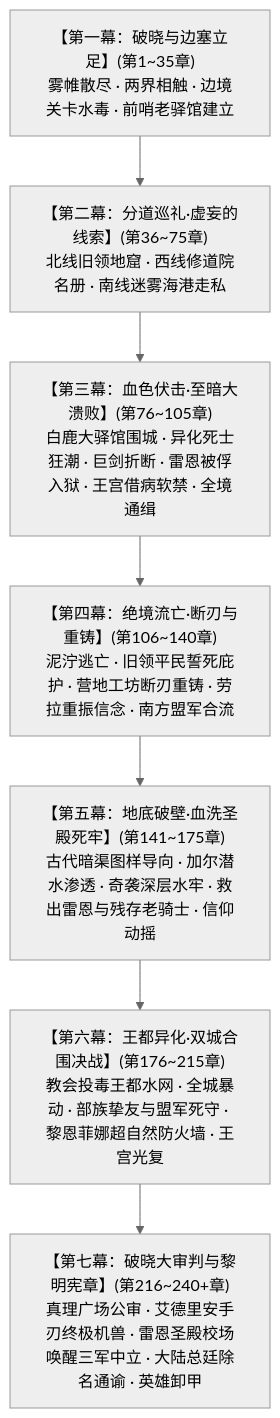
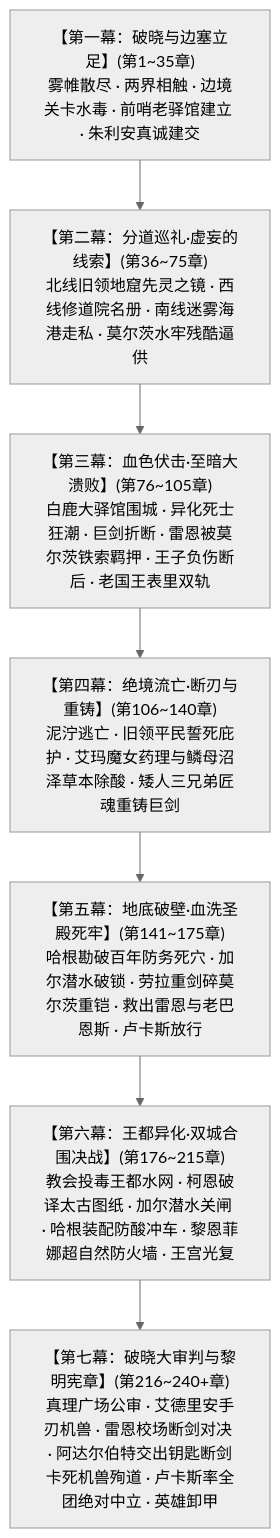
The first of 2 diagrams in 方案/第二部/主线与世界扩充方案/01_宏篇主线演进与阶段规划方案.md (soranokiseki1437/eldoria-worldbook), drawn with Mermaid (neutral theme) before and after one commit. The commit also changed other lines of this file and 28 other files, not shown here.

````diff
--- a/方案/第二部/主线与世界扩充方案/01_宏篇主线演进与阶段规划方案.md
+++ b/方案/第二部/主线与世界扩充方案/01_宏篇主线演进与阶段规划方案.md
@@ -12,12 +12,12 @@
 ```mermaid
 graph TD
-    M1["【第一幕：破晓与边塞立足】(第1~35章)<br/>雾帷散尽 · 两界相触 · 边境关卡水毒 · 前哨老驿馆建立"]
-    M2["【第二幕：分道巡礼·虚妄的线索】(第36~75章)<br/>北线旧领地窟 · 西线修道院名册 · 南线迷雾海港走私"]
-    M3["【第三幕：血色伏击·至暗大溃败】(第76~105章)<br/>白鹿大驿馆围城 · 异化死士狂潮 · 巨剑折断 · 雷恩被俘入狱 · 王宫借病软禁 · 全境通缉"]
-    M4["【第四幕：绝境流亡·断刃与重铸】(第106~140章)<br/>泥泞逃亡 · 旧领平民誓死庇护 · 营地工坊断刃重铸 · 劳拉重振信念 · 南方盟军合流"]
-    M5["【第五幕：地底破壁·血洗圣殿死牢】(第141~175章)<br/>古代暗渠图样导向 · 加尔潜水渗透 · 奇袭深层水牢 · 救出雷恩与残存老骑士 · 信仰动摇"]
-    M6["【第六幕：王都异化·双城合围决战】(第176~215章)<br/>教会投毒王都水网 · 全城暴动 · 部族挚友与盟军死守 · 黎恩菲娜超自然防火墙 · 王宫光复"]
-    M7["【第七幕：破晓大审判与黎明宪章】(第216~240+章)<br/>真理广场公审 · 艾德里安手刃终极机兽 · 雷恩圣殿校场唤醒三军中立 · 大陆总廷除名通谕 · 英雄卸甲"]
+    M1["【第一幕：破晓与边塞立足】(第1~35章)<br/>雾帷散尽 · 两界相触 · 边境关卡水毒 · 前哨老驿馆建立 · 朱利安真诚建交"]
+    M2["【第二幕：分道巡礼·虚妄的线索】(第36~75章)<br/>北线旧领地窟先灵之镜 · 西线修道院名册 · 南线迷雾海港走私 · 莫尔茨水牢残酷逼供"]
+    M3["【第三幕：血色伏击·至暗大溃败】(第76~105章)<br/>白鹿大驿馆围城 · 异化死士狂潮 · 巨剑折断 · 雷恩被莫尔茨铁索羁押 · 王子负伤断后 · 老国王表里双轨"]
+    M4["【第四幕：绝境流亡·断刃与重铸】(第106~140章)<br/>泥泞逃亡 · 旧领平民誓死庇护 · 艾玛魔女药理与鳞母沼泽草本除酸 · 矮人三兄弟匠魂重铸巨剑"]
+    M5["【第五幕：地底破壁·血洗圣殿死牢】(第141~175章)<br/>哈根勘破百年防务死穴 · 加尔潜水破锁 · 劳拉重剑碎莫尔茨重铠 · 救出雷恩与老巴恩斯 · 卢卡斯放行"]
+    M6["【第六幕：王都异化·双城合围决战】(第176~215章)<br/>教会投毒王都水网 · 柯恩破译太古图纸 · 加尔潜水关闸 · 哈根装配防酸冲车 · 黎恩菲娜超自然防火墙 · 王宫光复"]
+    M7["【第七幕：破晓大审判与黎明宪章】(第216~240+章)<br/>真理广场公审 · 艾德里安手刃机兽 · 雷恩校场断剑对决 · 阿达尔伯特交出钥匙断剑卡死机兽殉道 · 卢卡斯率全团绝对中立 · 英雄卸甲"]
 
     M1 --> M2 --> M3 --> M4 --> M5 --> M6 --> M7
 ```
````
